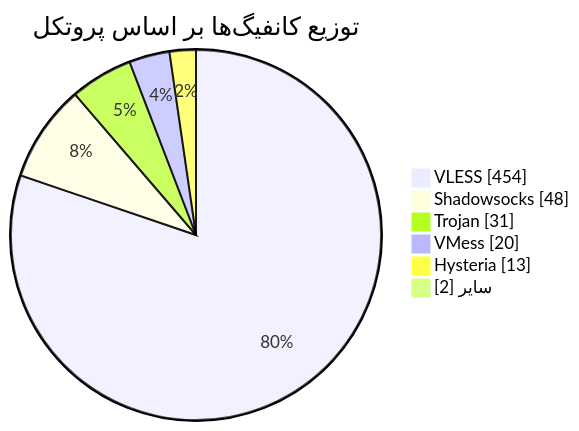
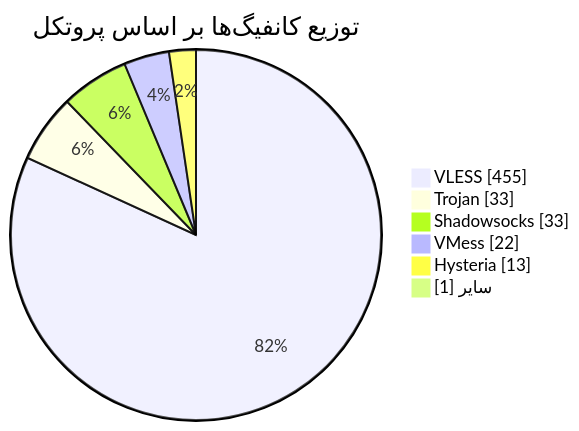
One commit to Arian-Alijani/Somthing changed the diagram in README.md. Above: the diagram before and after it, drawn with Mermaid. The commit also changed other lines of this file and 87 other files, not shown here.

````diff
--- a/README.md
+++ b/README.md
@@ -48,10 +48,10 @@
 ```mermaid
 pie showData
     title توزیع کانفیگ‌ها بر اساس پروتکل
-    "VLESS" : 454
-    "Shadowsocks" : 48
-    "Trojan" : 31
-    "VMess" : 20
+    "VLESS" : 455
+    "Trojan" : 33
+    "Shadowsocks" : 33
+    "VMess" : 22
     "Hysteria" : 13
-    "سایر" : 2
+    "سایر" : 1
 ```
````
